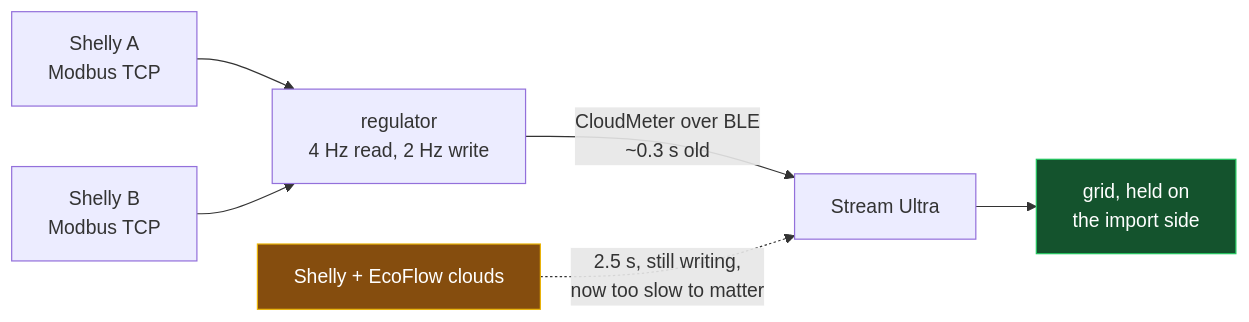
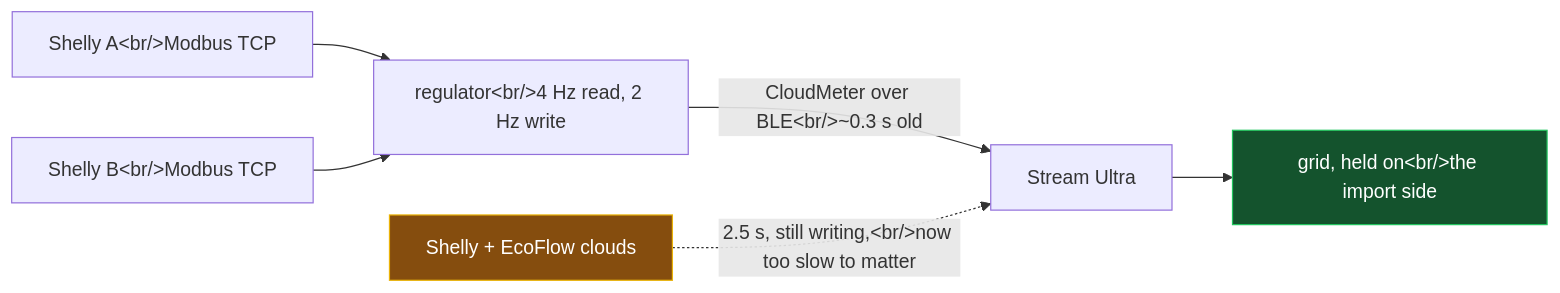
Before and after one commit to phoinixgrr/mastori: the seventh of 17 diagrams in content/posts/ecoflow-zero-export-ble-meter-injection/index.md, drawn with Mermaid. The commit also changed other lines of this file, not shown here.

First line of the commit message:
Escape <br/> and <<enumeration>> inside mermaid blocks

```diff
--- a/content/posts/ecoflow-zero-export-ble-meter-injection/index.md
+++ b/content/posts/ecoflow-zero-export-ble-meter-injection/index.md
@@ -235,11 +235,11 @@
 {{< mermaid >}}
 flowchart LR
-    S1["Shelly A<br/>Modbus TCP"] --> R["regulator<br/>4 Hz read, 2 Hz write"]
-    S2["Shelly B<br/>Modbus TCP"] --> R
-    R -->|"CloudMeter over BLE<br/>~0.3 s old"| U["Stream Ultra"]
-    SC["Shelly + EcoFlow clouds"] -.->|"2.5 s, still writing,<br/>now too slow to matter"| U
-    U --> G["grid, held on<br/>the import side"]
+    S1["Shelly A&lt;br/&gt;Modbus TCP"] --> R["regulator&lt;br/&gt;4 Hz read, 2 Hz write"]
+    S2["Shelly B&lt;br/&gt;Modbus TCP"] --> R
+    R -->|"CloudMeter over BLE&lt;br/&gt;~0.3 s old"| U["Stream Ultra"]
+    SC["Shelly + EcoFlow clouds"] -.->|"2.5 s, still writing,&lt;br/&gt;now too slow to matter"| U
+    U --> G["grid, held on&lt;br/&gt;the import side"]
 
     style SC fill:#854d0e,stroke:#eab308,color:#fff
     style G fill:#14532d,stroke:#22c55e,color:#fff
 {{< /mermaid >}}
```
